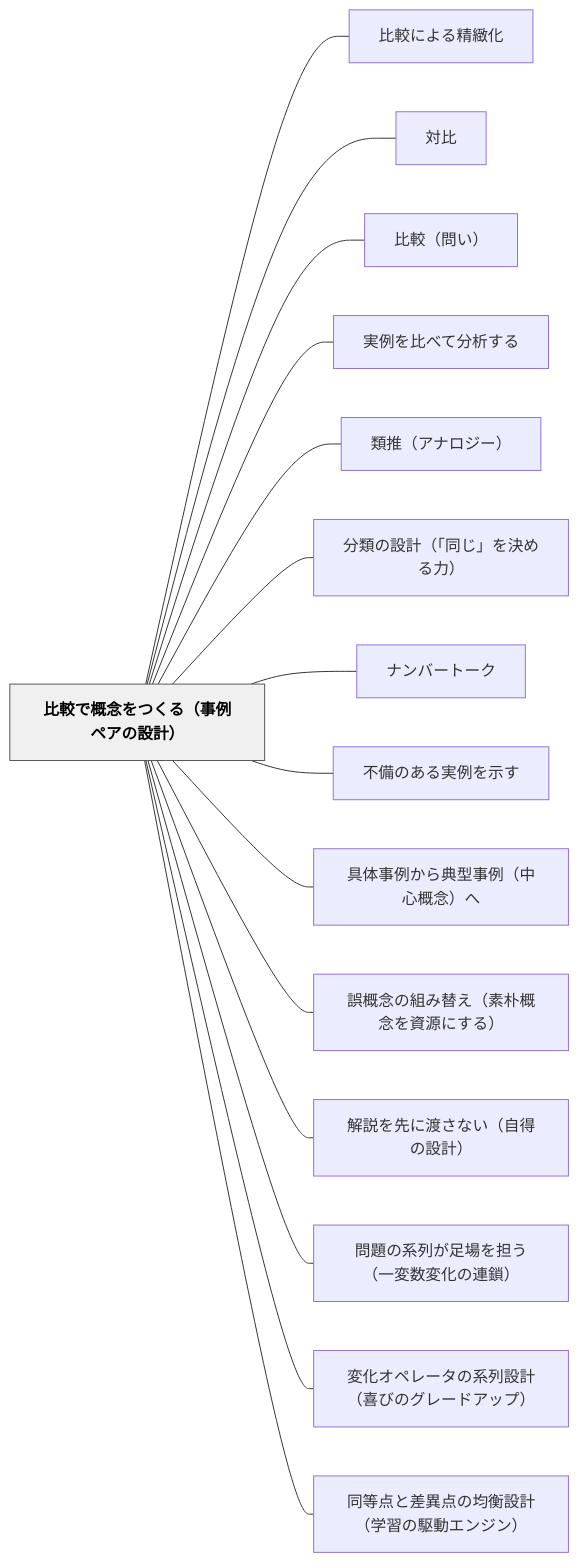
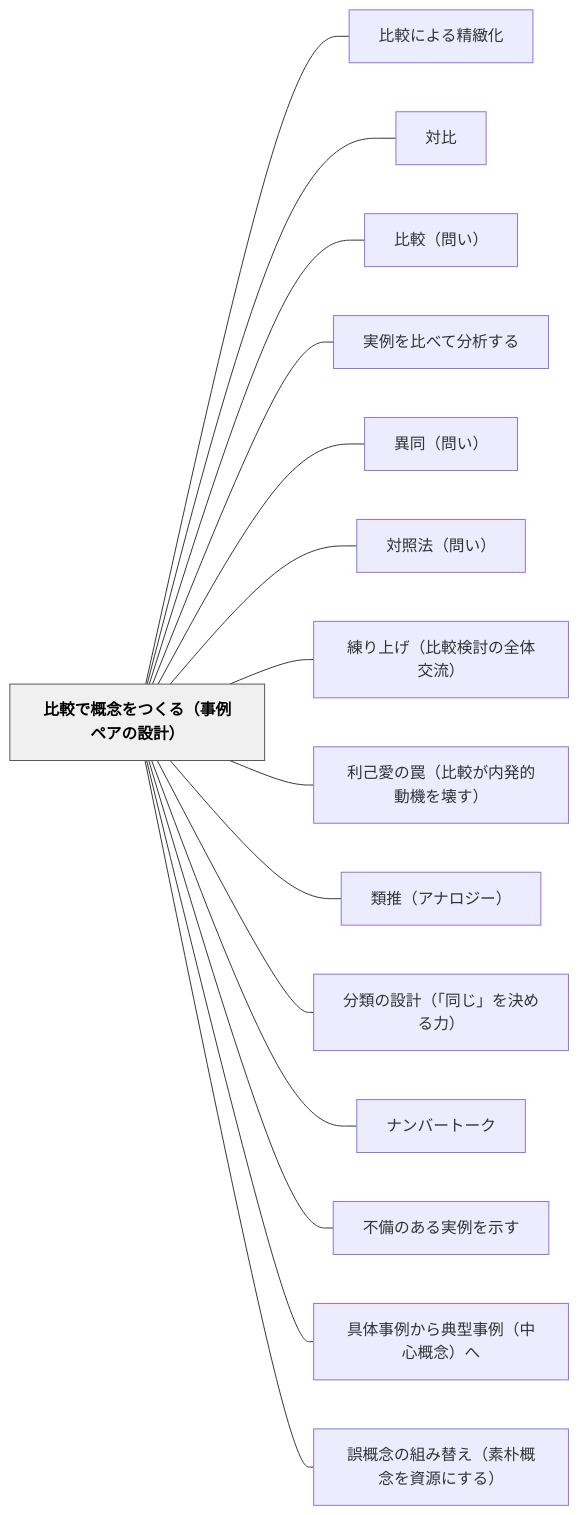
The diagram in content/パタン/比較で概念をつくる（事例ペアの設計）.md (unknownthings-ed-patterns/unknownthings-ed-patterns), drawn with Mermaid before and after one commit. The commit also changed other lines of this file and 5 other files, not shown here.

````diff
--- a/content/パタン/比較で概念をつくる（事例ペアの設計）.md
+++ b/content/パタン/比較で概念をつくる（事例ペアの設計）.md
@@ -188,36 +208,36 @@
 ```mermaid
 flowchart LR
     ne6af94e8bc83e381a7e6a682e5bfb5e38292e381a4e3818fe3828befbc88e4ba8be4be8be3839ae382a2e381aee8a8ade8a888efbc89["比較で概念をつくる（事例ペアの設計）"]
     ne6af94e8bc83e381abe38288e3828be7b2bee7b7bbe58c96["比較による精緻化"]
     ne5afbee6af94["対比"]
     ne6af94e8bc83efbc88e5958fe38184efbc89["比較（問い）"]
     ne5ae9fe4be8be38292e6af94e381b9e381a6e58886e69e90e38199e3828b["実例を比べて分析する"]
+    ne795b0e5908cefbc88e5958fe38184efbc89["異同（問い）"]
+    ne5afbee785a7e6b395efbc88e5958fe38184efbc89["対照法（問い）"]
+    ne7b7b4e3828ae4b88ae38192efbc88e6af94e8bc83e6a49ce8a88ee381aee585a8e4bd93e4baa4e6b581efbc89["練り上げ（比較検討の全体交流）"]
+    ne588a9e5b7b1e6849be381aee7bda0efbc88e6af94e8bc83e3818ce58685e799bae79a84e58b95e6a99fe38292e5a38ae38199efbc89["利己愛の罠（比較が内発的動機を壊す）"]
     ne9a19ee68ea8efbc88e382a2e3838ae383ade382b8e383bcefbc89["類推（アナロジー）"]
     ne58886e9a19ee381aee8a8ade8a888efbc88e3808ce5908ce38198e3808de38292e6b1bae38281e3828be58a9befbc89["分類の設計（「同じ」を決める力）"]
     ne3838ae383b3e38390e383bce38388e383bce382af["ナンバートーク"]
     ne4b88de58299e381aee38182e3828be5ae9fe4be8be38292e7a4bae38199["不備のある実例を示す"]
     ne585b7e4bd93e4ba8be4be8be3818be38289e585b8e59e8be4ba8be4be8befbc88e4b8ade5bf83e6a682e5bfb5efbc89e381b8["具体事例から典型事例（中心概念）へ"]
     ne8aaa4e6a682e5bfb5e381aee7b584e381bfe69bbfe38188efbc88e7b4a0e69cb4e6a682e5bfb5e38292e8b387e6ba90e381abe38199e3828befbc89["誤概念の組み替え（素朴概念を資源にする）"]
-    ne8a7a3e8aaace38292e58588e381abe6b8a1e38195e381aae38184efbc88e887aae5be97e381aee8a8ade8a888efbc89["解説を先に渡さない（自得の設計）"]
-    ne5958fe9a18ce381aee7b3bbe58897e3818ce8b6b3e5a0b4e38292e68b85e38186efbc88e4b880e5a489e695b0e5a489e58c96e381aee980a3e98e96efbc89["問題の系列が足場を担う（一変数変化の連鎖）"]
-    ne5a489e58c96e382aae3839ae383ace383bce382bfe381aee7b3bbe58897e8a8ade8a888efbc88e5969ce381b3e381aee382b0e383ace383bce38389e382a2e38383e38397efbc89["変化オペレータの系列設計（喜びのグレードアップ）"]
-    ne5908ce7ad89e782b9e381a8e5b7aee795b0e782b9e381aee59d87e8a1a1e8a8ade8a888efbc88e5ada6e7bf92e381aee9a786e58b95e382a8e383b3e382b8e383b3efbc89["同等点と差異点の均衡設計（学習の駆動エンジン）"]
 
     ne6af94e8bc83e381a7e6a682e5bfb5e38292e381a4e3818fe3828befbc88e4ba8be4be8be3839ae382a2e381aee8a8ade8a888efbc89 --- ne6af94e8bc83e381abe38288e3828be7b2bee7b7bbe58c96
     ne6af94e8bc83e381a7e6a682e5bfb5e38292e381a4e3818fe3828befbc88e4ba8be4be8be3839ae382a2e381aee8a8ade8a888efbc89 --- ne5afbee6af94
     ne6af94e8bc83e381a7e6a682e5bfb5e38292e381a4e3818fe3828befbc88e4ba8be4be8be3839ae382a2e381aee8a8ade8a888efbc89 --- ne6af94e8bc83efbc88e5958fe38184efbc89
     ne6af94e8bc83e381a7e6a682e5bfb5e38292e381a4e3818fe3828befbc88e4ba8be4be8be3839ae382a2e381aee8a8ade8a888efbc89 --- ne5ae9fe4be8be38292e6af94e381b9e381a6e58886e69e90e38199e3828b
+    ne6af94e8bc83e381a7e6a682e5bfb5e38292e381a4e3818fe3828befbc88e4ba8be4be8be3839ae382a2e381aee8a8ade8a888efbc89 --- ne795b0e5908cefbc88e5958fe38184efbc89
+    ne6af94e8bc83e381a7e6a682e5bfb5e38292e381a4e3818fe3828befbc88e4ba8be4be8be3839ae382a2e381aee8a8ade8a888efbc89 --- ne5afbee785a7e6b395efbc88e5958fe38184efbc89
+    ne6af94e8bc83e381a7e6a682e5bfb5e38292e381a4e3818fe3828befbc88e4ba8be4be8be3839ae382a2e381aee8a8ade8a888efbc89 --- ne7b7b4e3828ae4b88ae38192efbc88e6af94e8bc83e6a49ce8a88ee381aee585a8e4bd93e4baa4e6b581efbc89
+    ne6af94e8bc83e381a7e6a682e5bfb5e38292e381a4e3818fe3828befbc88e4ba8be4be8be3839ae382a2e381aee8a8ade8a888efbc89 --- ne588a9e5b7b1e6849be381aee7bda0efbc88e6af94e8bc83e3818ce58685e799bae79a84e58b95e6a99fe38292e5a38ae38199efbc89
     ne6af94e8bc83e381a7e6a682e5bfb5e38292e381a4e3818fe3828befbc88e4ba8be4be8be3839ae382a2e381aee8a8ade8a888efbc89 --- ne9a19ee68ea8efbc88e382a2e3838ae383ade382b8e383bcefbc89
     ne6af94e8bc83e381a7e6a682e5bfb5e38292e381a4e3818fe3828befbc88e4ba8be4be8be3839ae382a2e381aee8a8ade8a888efbc89 --- ne58886e9a19ee381aee8a8ade8a888efbc88e3808ce5908ce38198e3808de38292e6b1bae38281e3828be58a9befbc89
     ne6af94e8bc83e381a7e6a682e5bfb5e38292e381a4e3818fe3828befbc88e4ba8be4be8be3839ae382a2e381aee8a8ade8a888efbc89 --- ne3838ae383b3e38390e383bce38388e383bce382af
     ne6af94e8bc83e381a7e6a682e5bfb5e38292e381a4e3818fe3828befbc88e4ba8be4be8be3839ae382a2e381aee8a8ade8a888efbc89 --- ne4b88de58299e381aee38182e3828be5ae9fe4be8be38292e7a4bae38199
     ne6af94e8bc83e381a7e6a682e5bfb5e38292e381a4e3818fe3828befbc88e4ba8be4be8be3839ae382a2e381aee8a8ade8a888efbc89 --- ne585b7e4bd93e4ba8be4be8be3818be38289e585b8e59e8be4ba8be4be8befbc88e4b8ade5bf83e6a682e5bfb5efbc89e381b8
     ne6af94e8bc83e381a7e6a682e5bfb5e38292e381a4e3818fe3828befbc88e4ba8be4be8be3839ae382a2e381aee8a8ade8a888efbc89 --- ne8aaa4e6a682e5bfb5e381aee7b584e381bfe69bbfe38188efbc88e7b4a0e69cb4e6a682e5bfb5e38292e8b387e6ba90e381abe38199e3828befbc89
-    ne6af94e8bc83e381a7e6a682e5bfb5e38292e381a4e3818fe3828befbc88e4ba8be4be8be3839ae382a2e381aee8a8ade8a888efbc89 --- ne8a7a3e8aaace38292e58588e381abe6b8a1e38195e381aae38184efbc88e887aae5be97e381aee8a8ade8a888efbc89
-    ne6af94e8bc83e381a7e6a682e5bfb5e38292e381a4e3818fe3828befbc88e4ba8be4be8be3839ae382a2e381aee8a8ade8a888efbc89 --- ne5958fe9a18ce381aee7b3bbe58897e3818ce8b6b3e5a0b4e38292e68b85e38186efbc88e4b880e5a489e695b0e5a489e58c96e381aee980a3e98e96efbc89
-    ne6af94e8bc83e381a7e6a682e5bfb5e38292e381a4e3818fe3828befbc88e4ba8be4be8be3839ae382a2e381aee8a8ade8a888efbc89 --- ne5a489e58c96e382aae3839ae383ace383bce382bfe381aee7b3bbe58897e8a8ade8a888efbc88e5969ce381b3e381aee382b0e383ace383bce38389e382a2e38383e38397efbc89
-    ne6af94e8bc83e381a7e6a682e5bfb5e38292e381a4e3818fe3828befbc88e4ba8be4be8be3839ae382a2e381aee8a8ade8a888efbc89 --- ne5908ce7ad89e782b9e381a8e5b7aee795b0e782b9e381aee59d87e8a1a1e8a8ade8a888efbc88e5ada6e7bf92e381aee9a786e58b95e382a8e383b3e382b8e383b3efbc89
 
     classDef hub fill:#f0f0f0,stroke:#555,color:#000,font-weight:bold
     class ne6af94e8bc83e381a7e6a682e5bfb5e38292e381a4e3818fe3828befbc88e4ba8be4be8be3839ae382a2e381aee8a8ade8a888efbc89 hub
 ```
````
